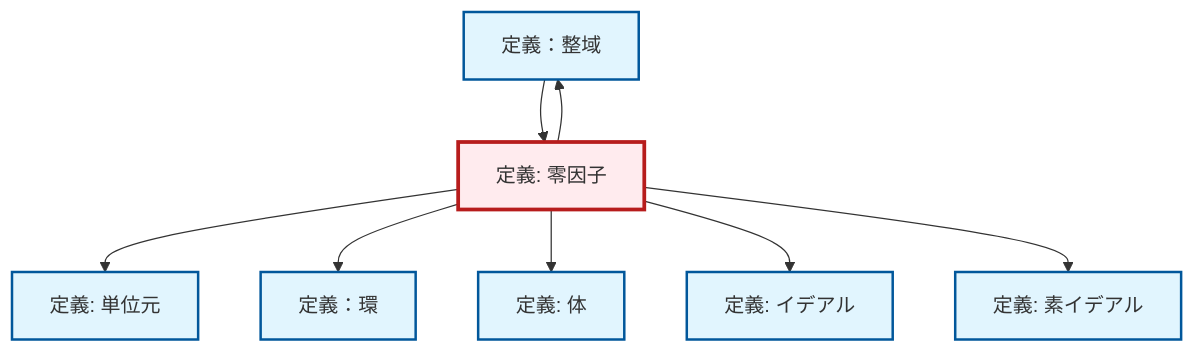
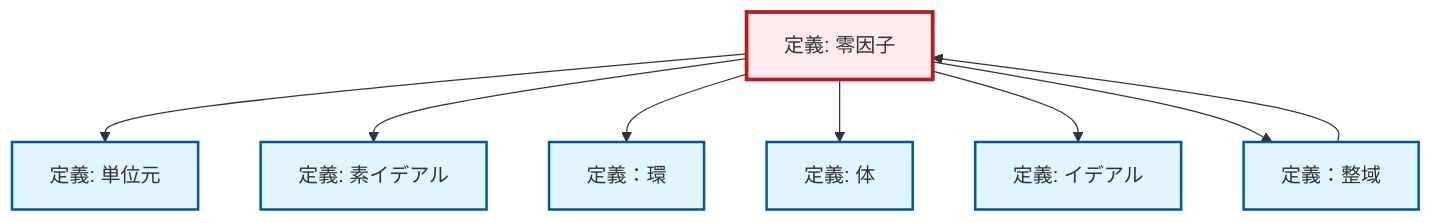
One commit to RK0429/ModernMath changed the diagram in content/ja/algebra/def-zero-divisor.qmd. Above: the diagram before and after it, drawn with Mermaid. The commit also changed other lines of this file and 328 other files, not shown here.

````diff
--- a/content/ja/algebra/def-zero-divisor.qmd
+++ b/content/ja/algebra/def-zero-divisor.qmd
@@ -121,30 +121,30 @@
 ```{mermaid}
 %%| fig-cap: "ローカル依存関係グラフ"
 graph TD
     classDef definition fill:#e1f5fe,stroke:#01579b,stroke-width:2px
     classDef theorem fill:#f3e5f5,stroke:#4a148c,stroke-width:2px
     classDef axiom fill:#fff3e0,stroke:#e65100,stroke-width:2px
     classDef example fill:#e8f5e9,stroke:#1b5e20,stroke-width:2px
     classDef current fill:#ffebee,stroke:#b71c1c,stroke-width:3px
-    def-integral-domain["定義：整域"]:::definition
-    def-prime-ideal["定義: 素イデアル"]:::definition
+    def-field["定義: 体"]:::definition
     def-zero-divisor["定義: 零因子"]:::definition
     def-ideal["定義: イデアル"]:::definition
     def-identity-element["定義: 単位元"]:::definition
+    def-integral-domain["定義：整域"]:::definition
     def-ring["定義：環"]:::definition
-    def-field["定義: 体"]:::definition
-    def-zero-divisor --> def-integral-domain
+    def-prime-ideal["定義: 素イデアル"]:::definition
     def-zero-divisor --> def-identity-element
+    def-zero-divisor --> def-prime-ideal
     def-zero-divisor --> def-ring
     def-zero-divisor --> def-field
     def-zero-divisor --> def-ideal
-    def-zero-divisor --> def-prime-ideal
+    def-zero-divisor --> def-integral-domain
     def-integral-domain --> def-zero-divisor
     class def-zero-divisor current
-    click def-integral-domain "def-integral-domain.html" "定義：整域へ"
-    click def-prime-ideal "def-prime-ideal.html" "素イデアルの定義へ"
+    click def-field "def-field.html" "体の定義へ"
     click def-ideal "def-ideal.html" "イデアルの定義へ"
     click def-identity-element "def-identity-element.html" "単位元の定義へ"
+    click def-integral-domain "def-integral-domain.html" "定義：整域へ"
     click def-ring "def-ring.html" "定義：環へ"
-    click def-field "def-field.html" "体の定義へ"
+    click def-prime-ideal "def-prime-ideal.html" "素イデアルの定義へ"
 ```
````
